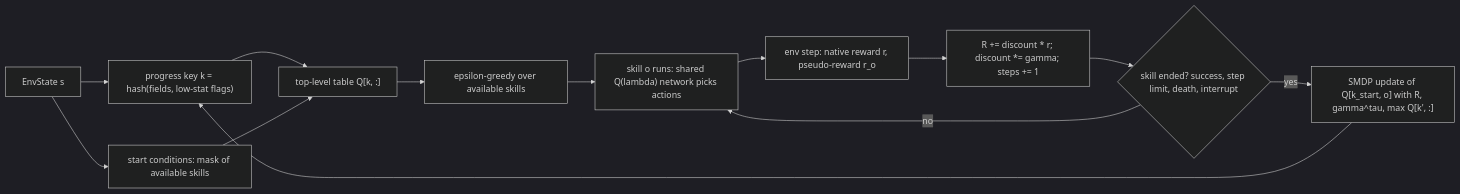
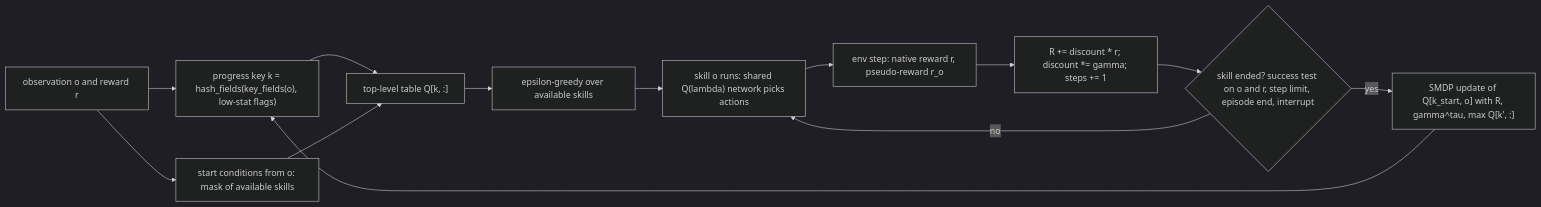
The diagram in knowledge/methods/SMDP Q-Learning over Hand-Defined Skills design.md (Pawlo77/rl-craftmax), drawn with Mermaid (dark theme) before and after one commit. The commit also changed other lines of this file and 27 other files, not shown here.

````diff
--- a/knowledge/methods/SMDP Q-Learning over Hand-Defined Skills design.md
+++ b/knowledge/methods/SMDP Q-Learning over Hand-Defined Skills design.md
@@ -43,15 +43,15 @@
 ```mermaid
 flowchart LR
-  ST["EnvState s"] --> K["progress key k = hash(fields, low-stat flags)"]
-  ST --> MK["start conditions: mask of available skills"]
+  ST["observation o and reward r"] --> K["progress key k = hash_fields(key_fields(o), low-stat flags)"]
+  ST --> MK["start conditions from o: mask of available skills"]
   K --> QT["top-level table Q[k, :]"]
   MK --> QT
   QT --> EG["epsilon-greedy over available skills"]
   EG --> SK["skill o runs: shared Q(lambda) network picks actions"]
   SK --> ENV["env step: native reward r, pseudo-reward r_o"]
   ENV --> ACC["R += discount * r; discount *= gamma; steps += 1"]
-  ACC --> TERM{"skill ended? success, step limit, death, interrupt"}
+  ACC --> TERM{"skill ended? success test on o and r, step limit, episode end, interrupt"}
   TERM -- "no" --> SK
   TERM -- "yes" --> UPD["SMDP update of Q[k_start, o] with R, gamma^tau, max Q[k', :]"]
   UPD --> K
 ```
````
